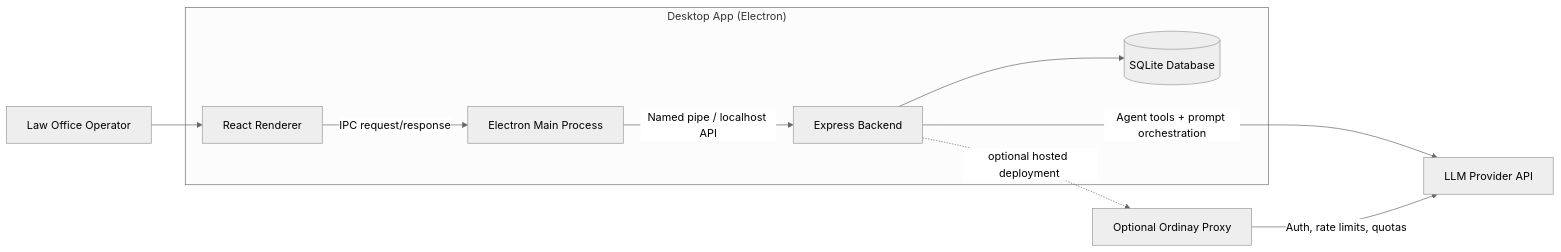
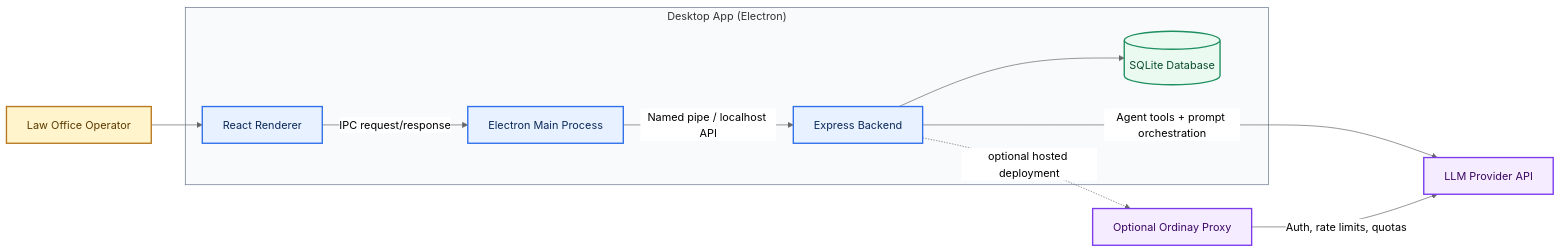
The first of 5 diagrams in docs/ARCHITECTURE_DIAGRAMS.md (mootezaloui/ordinay-legacy), drawn with Mermaid (neutral theme) before and after one commit. The commit also changed other lines of this file and 4 other files, not shown here.

First line of the commit message:
Update architecture docs wording and remove status

````diff
--- a/docs/ARCHITECTURE_DIAGRAMS.md
+++ b/docs/ARCHITECTURE_DIAGRAMS.md
@@ -5,22 +5,33 @@
 ```mermaid
 flowchart LR
     User["Law Office Operator"]
 
     subgraph Desktop["Desktop App (Electron)"]
         R["React Renderer"]
         M["Electron Main Process"]
         B["Express Backend"]
         DB[("SQLite Database")]
     end
 
     Proxy["Optional Ordinay Proxy"]
     LLM["LLM Provider API"]
 
     User --> R
     R -->|IPC request/response| M
     M -->|Named pipe / localhost API| B
     B --> DB
     B -->|Agent tools + prompt orchestration| LLM
     B -. optional hosted deployment .-> Proxy
     Proxy -->|Auth, rate limits, quotas| LLM
+
+    classDef actor fill:#FFF4CC,stroke:#B7791F,color:#5B3A00,stroke-width:2px;
+    classDef app fill:#E8F1FF,stroke:#2F6FEB,color:#0A2A59,stroke-width:2px;
+    classDef data fill:#EAFAF1,stroke:#1F8F5F,color:#0A4C2A,stroke-width:2px;
+    classDef external fill:#F6ECFF,stroke:#7C3AED,color:#3B0764,stroke-width:2px;
+
+    class User actor;
+    class R,M,B app;
+    class DB data;
+    class Proxy,LLM external;
+    style Desktop fill:#F8FAFC,stroke:#64748B,stroke-width:1px;
 ```
````
